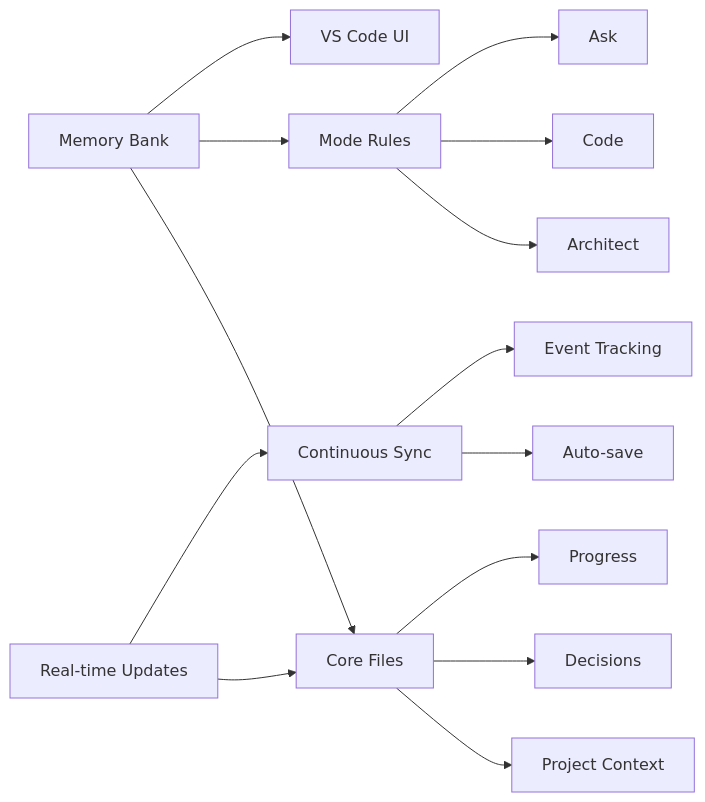
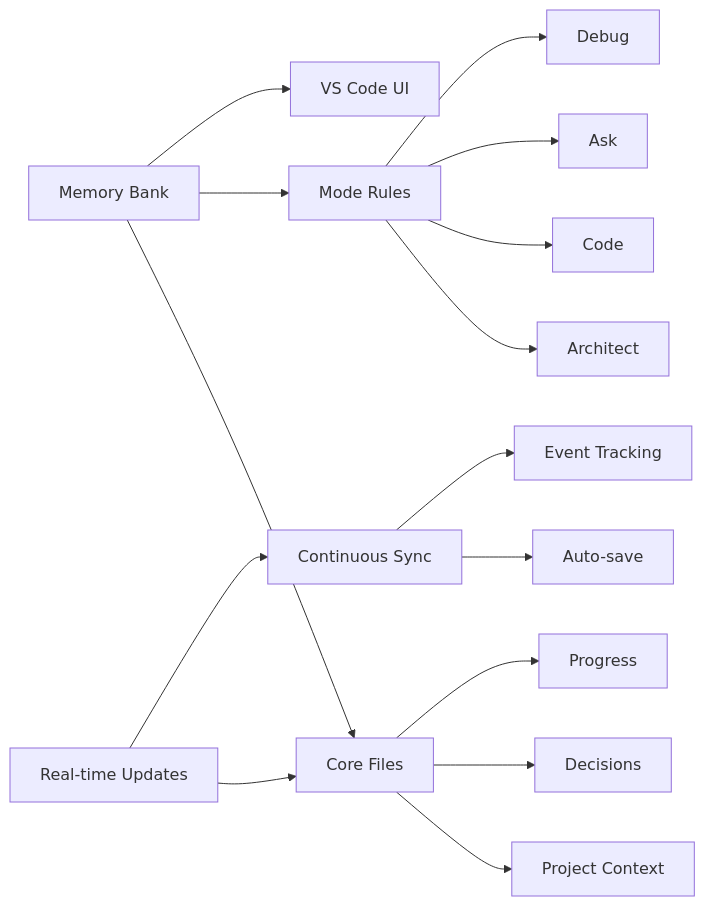
The first of 4 diagrams in README.md (shaunie2fly/roo-code-memory-bank), drawn with Mermaid before and after one commit. The commit also changed other lines of this file and 1 other file, not shown here.

First line of the commit message:
feat(debug): add debug mode for troubleshooting

````diff
--- a/README.md
+++ b/README.md
@@ -18,16 +18,17 @@
 ```mermaid
 graph LR
     A[Memory Bank] --> B[Core Files]
     A --> C[Mode Rules]
     A --> D[VS Code UI]
     B --> E[Project Context]
     B --> F[Decisions]
     B --> G[Progress]
     C --> H[Architect]
     C --> I[Code]
     C --> J[Ask]
+    C --> K1[Debug]
     K[Real-time Updates] --> B
     K --> L[Continuous Sync]
     L --> M[Auto-save]
     L --> N[Event Tracking]
 ```
````
